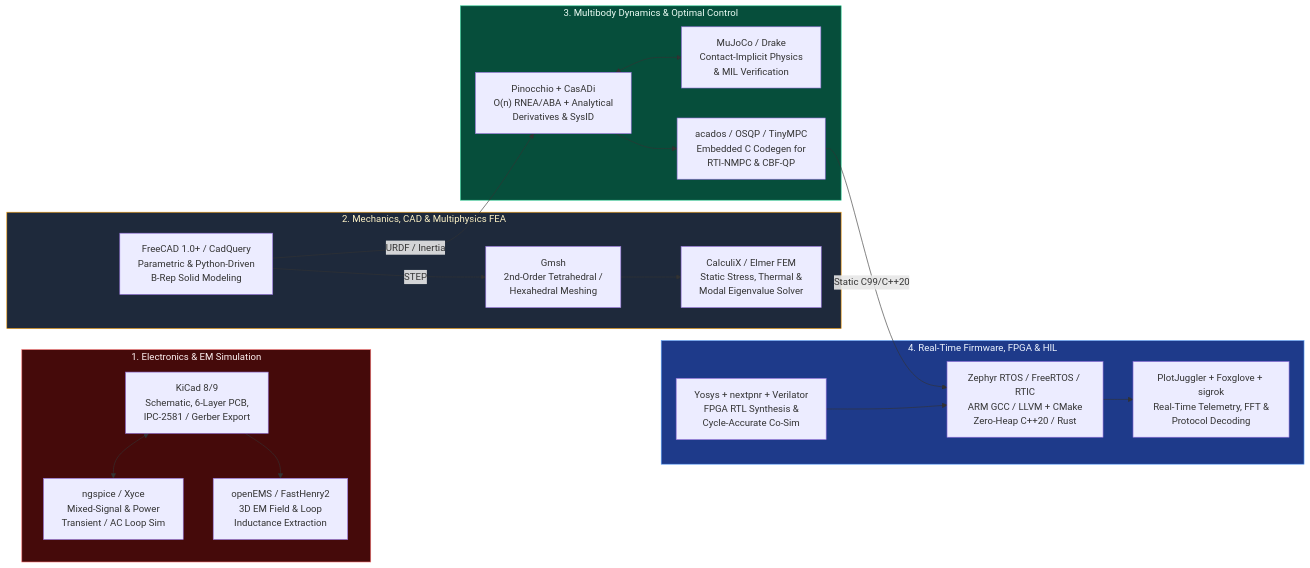
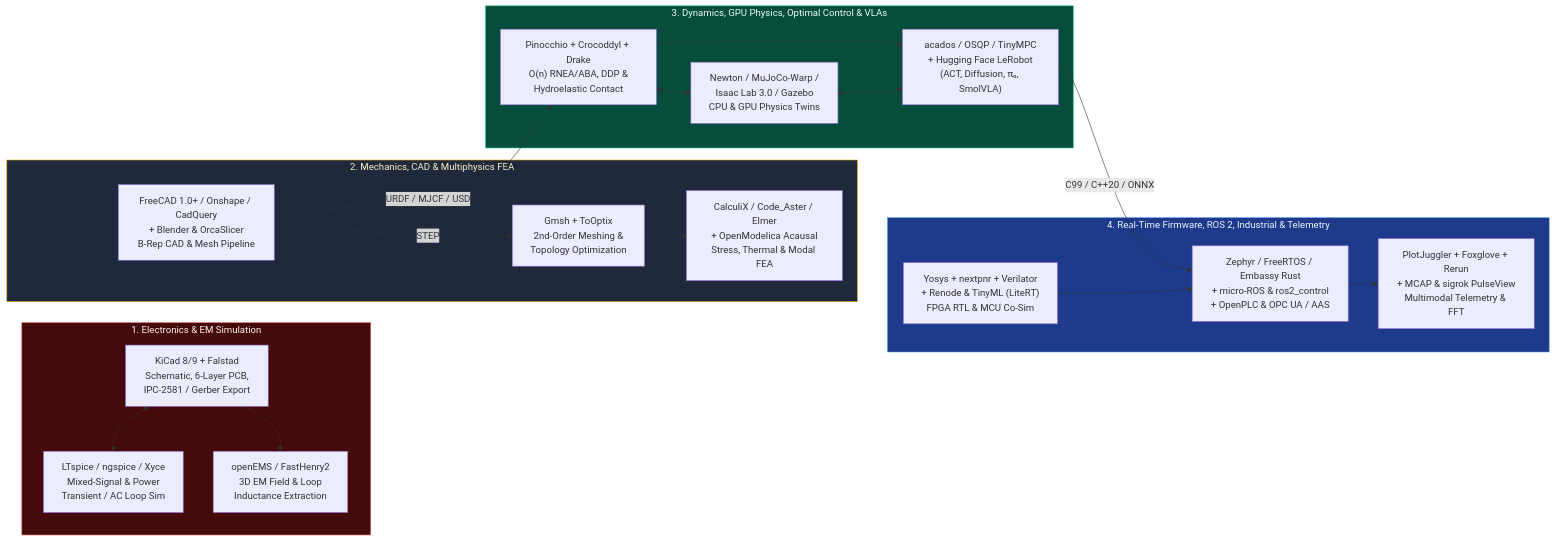
Before and after one commit to TLE47/Mechatronics-Roadmap: the diagram in resources/open-source-toolchains.md, drawn with Mermaid. The commit also changed other lines of this file and 13 other files, not shown here.

First line of the commit message:
docs: add supplemental learning resources to roadmaps

````diff
--- a/resources/open-source-toolchains.md
+++ b/resources/open-source-toolchains.md
@@ -13,40 +13,41 @@
 ```mermaid
 flowchart LR
     subgraph ECAD_SIM["1. Electronics & EM Simulation"]
-        KICAD["KiCad 8/9<br/>Schematic, 6-Layer PCB,<br/>IPC-2581 / Gerber Export"]
-        NGSPICE["ngspice / Xyce<br/>Mixed-Signal & Power<br/>Transient / AC Loop Sim"]
+        KICAD["KiCad 8/9 + Falstad<br/>Schematic, 6-Layer PCB,<br/>IPC-2581 / Gerber Export"]
+        NGSPICE["LTspice / ngspice / Xyce<br/>Mixed-Signal & Power<br/>Transient / AC Loop Sim"]
         OPENEMS["openEMS / FastHenry2<br/>3D EM Field & Loop<br/>Inductance Extraction"]
         KICAD <--> NGSPICE
         KICAD --> OPENEMS
     end
 
     subgraph MCAD_FEA["2. Mechanics, CAD & Multiphysics FEA"]
-        FREECAD["FreeCAD 1.0+ / CadQuery<br/>Parametric & Python-Driven<br/>B-Rep Solid Modeling"]
-        GMSH["Gmsh<br/>2nd-Order Tetrahedral /<br/>Hexahedral Meshing"]
-        CALCULIX["CalculiX / Elmer FEM<br/>Static Stress, Thermal &<br/>Modal Eigenvalue Solver"]
+        FREECAD["FreeCAD 1.0+ / Onshape / CadQuery<br/>+ Blender & OrcaSlicer<br/>B-Rep CAD & Mesh Pipeline"]
+        GMSH["Gmsh + ToOptix<br/>2nd-Order Meshing &<br/>Topology Optimization"]
+        CALCULIX["CalculiX / Code_Aster / Elmer<br/>+ OpenModelica Acausal<br/>Stress, Thermal & Modal FEA"]
         FREECAD -->|STEP| GMSH --> CALCULIX
     end
 
-    subgraph DYN_CTRL["3. Multibody Dynamics & Optimal Control"]
-        PINOCCHIO["Pinocchio + CasADi<br/>O(n) RNEA/ABA + Analytical<br/>Derivatives & SysID"]
-        MUJOCO["MuJoCo / Drake<br/>Contact-Implicit Physics<br/>& MIL Verification"]
-        ACADOS["acados / OSQP / TinyMPC<br/>Embedded C Codegen for<br/>RTI-NMPC & CBF-QP"]
-        FREECAD -->|URDF / Inertia| PINOCCHIO
+    subgraph DYN_CTRL["3. Dynamics, GPU Physics, Optimal Control & VLAs"]
+        PINOCCHIO["Pinocchio + Crocoddyl + Drake<br/>O(n) RNEA/ABA, DDP &<br/>Hydroelastic Contact"]
+        MUJOCO["Newton / MuJoCo-Warp /<br/>Isaac Lab 3.0 / Gazebo<br/>CPU & GPU Physics Twins"]
+        ACADOS["acados / OSQP / TinyMPC<br/>+ Hugging Face LeRobot<br/>(ACT, Diffusion, π₀, SmolVLA)"]
+        FREECAD -->|URDF / MJCF / USD| PINOCCHIO
         PINOCCHIO <--> MUJOCO
         PINOCCHIO --> ACADOS
+        MUJOCO <--> ACADOS
     end
 
-    subgraph EMB_HIL["4. Real-Time Firmware, FPGA & HIL"]
-        ZEPHYR["Zephyr RTOS / FreeRTOS / RTIC<br/>ARM GCC / LLVM + CMake<br/>Zero-Heap C++20 / Rust"]
-        VERILATOR["Yosys + nextpnr + Verilator<br/>FPGA RTL Synthesis &<br/>Cycle-Accurate Co-Sim"]
-        PLOT["PlotJuggler + Foxglove + sigrok<br/>Real-Time Telemetry, FFT &<br/>Protocol Decoding"]
-        ACADOS -->|Static C99/C++20| ZEPHYR
+    subgraph EMB_HIL["4. Real-Time Firmware, ROS 2, Industrial & Telemetry"]
+        ZEPHYR["Zephyr / FreeRTOS / Embassy Rust<br/>+ micro-ROS & ros2_control<br/>+ OpenPLC & OPC UA / AAS"]
+        VERILATOR["Yosys + nextpnr + Verilator<br/>+ Renode & TinyML (LiteRT)<br/>FPGA RTL & MCU Co-Sim"]
+        PLOT["PlotJuggler + Foxglove + Rerun<br/>+ MCAP & sigrok PulseView<br/>Multimodal Telemetry & FFT"]
+        ACADOS -->|C99 / C++20 / ONNX| ZEPHYR
         ZEPHYR --> PLOT
         VERILATOR --> ZEPHYR
     end
 
     style ECAD_SIM fill:#450a0a,stroke:#f87171,color:#fef2f2
     style MCAD_FEA fill:#1e293b,stroke:#f59e0b,color:#fef3c7
     style DYN_CTRL fill:#064e3b,stroke:#34d399,color:#ecfdf5
     style EMB_HIL fill:#1e3a8a,stroke:#60a5fa,color:#eff6ff
 ```
````
